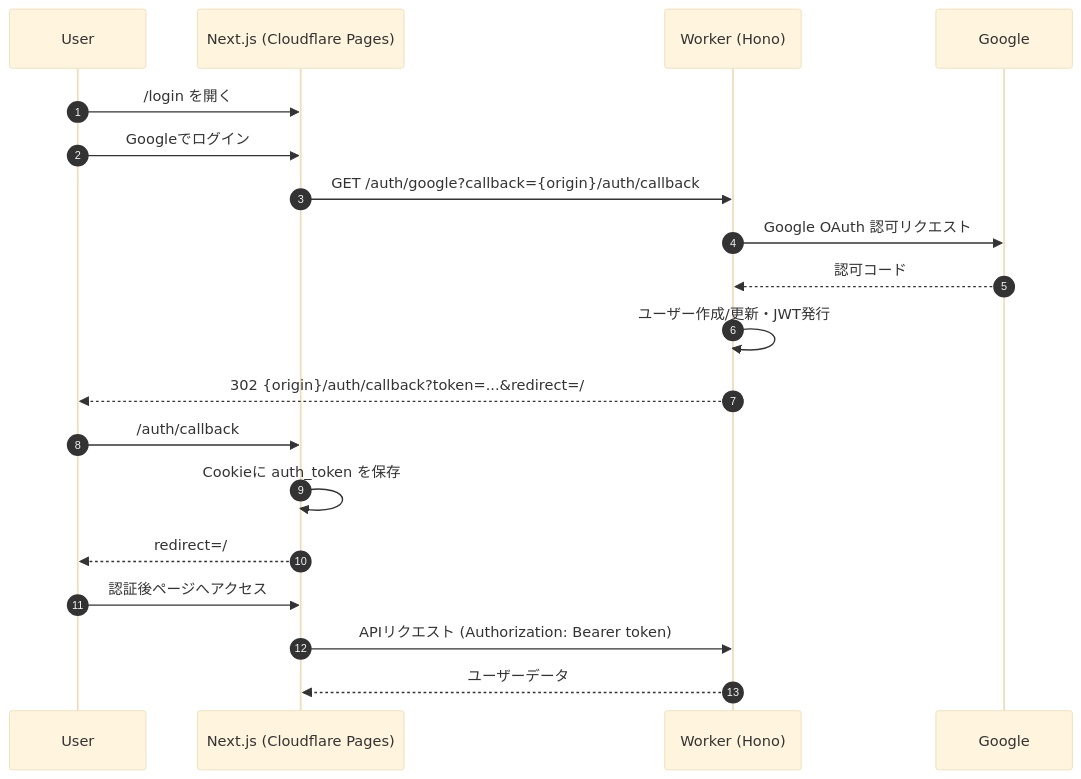
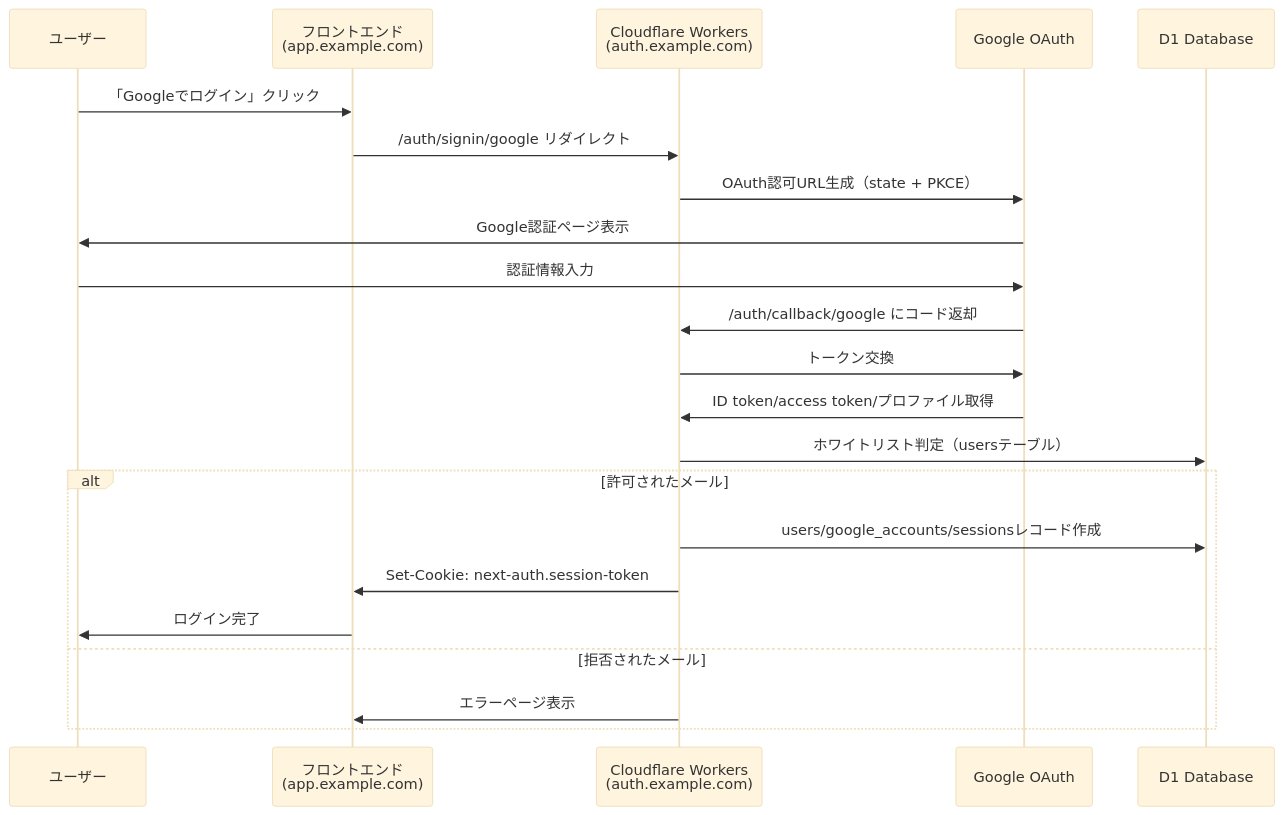
The diagram in README.md (Toho-MLM/mlm-dx), drawn with Mermaid (base theme) before and after one commit. The commit also changed other lines of this file and 34 other files, not shown here.

````diff
--- a/README.md
+++ b/README.md
@@ -103,22 +271,25 @@
 ```mermaid
 sequenceDiagram
-  autonumber
-  participant U as User
-  participant P as Next.js (Cloudflare Pages)
-  participant W as Worker (Hono)
-  participant G as Google
+    participant U as ユーザー
+    participant F as フロントエンド<br/>(app.example.com)
+    participant W as Cloudflare Workers<br/>(auth.example.com)
+    participant G as Google OAuth
+    participant D as D1 Database
 
-  U->>P: /login を開く
-  U->>P: Googleでログイン
-  P->>W: GET /auth/google?callback={origin}/auth/callback
-  W->>G: Google OAuth 認可リクエスト
-  G-->>W: 認可コード
-  W->>W: ユーザー作成/更新・JWT発行
-  W-->>U: 302 {origin}/auth/callback?token=...&redirect=/
-  U->>P: /auth/callback
-  P->>P: Cookieに auth_token を保存
-  P-->>U: redirect=/
-  U->>P: 認証後ページへアクセス
-  P->>W: APIリクエスト (Authorization: Bearer token)
-  W-->>P: ユーザーデータ
+    U->>F: 「Googleでログイン」クリック
+    F->>W: /auth/signin/google リダイレクト
+    W->>G: OAuth認可URL生成（state + PKCE）
+    G->>U: Google認証ページ表示
+    U->>G: 認証情報入力
+    G->>W: /auth/callback/google にコード返却
+    W->>G: トークン交換
+    G->>W: ID token/access token/プロファイル取得
+    W->>D: ホワイトリスト判定（usersテーブル）
+    alt 許可されたメール
+        W->>D: users/google_accounts/sessionsレコード作成
+        W->>F: Set-Cookie: next-auth.session-token
+        F->>U: ログイン完了
+    else 拒否されたメール
+        W->>F: エラーページ表示
+    end
 ```
````
